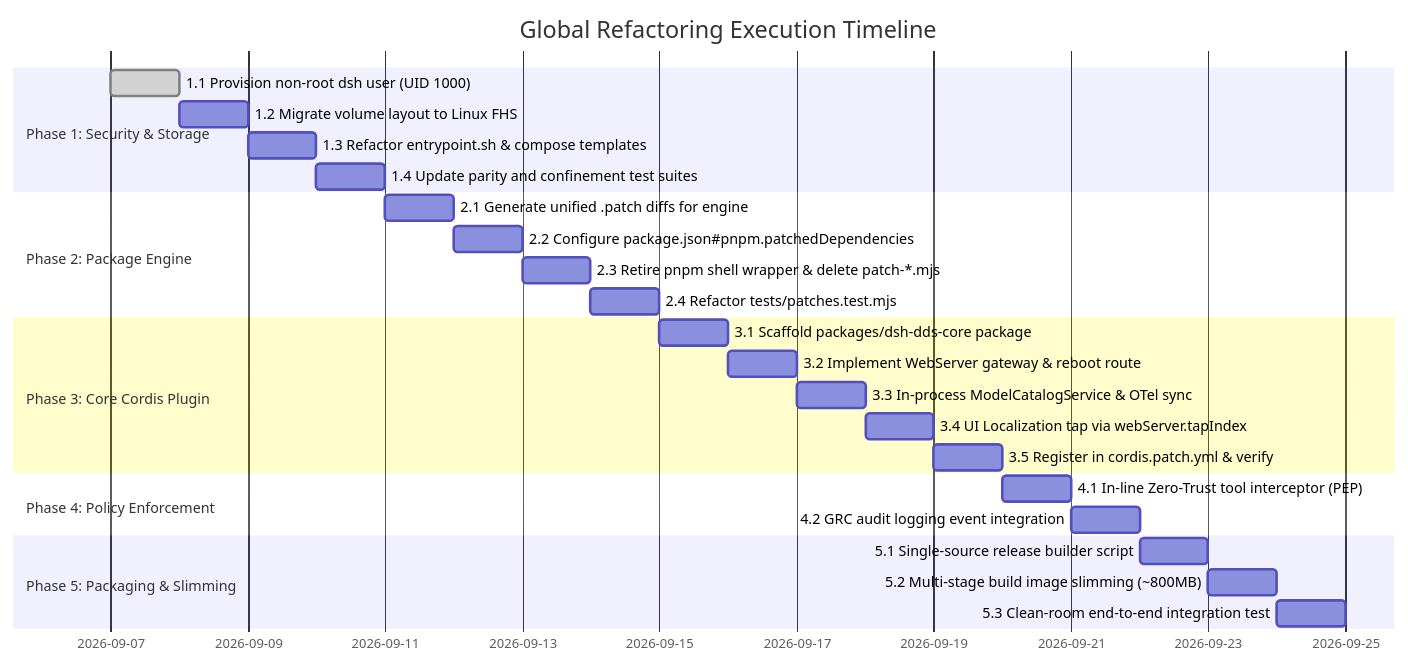
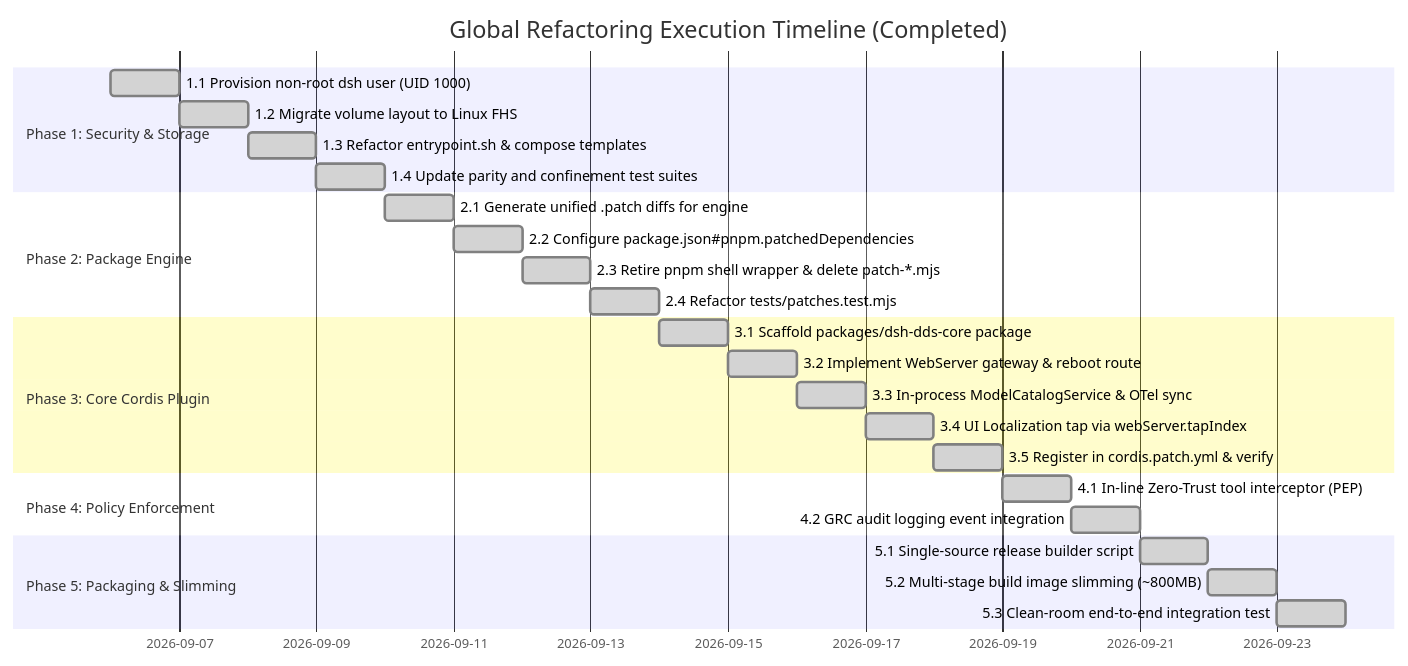
Before and after one commit to hdjebar/DSH-DDS: the diagram in docs/globalrefactoring/06-implementation-plan.md, drawn with Mermaid. The commit also changed other lines of this file and 47 other files, not shown here.

Commit message:
feat: upgrade to upstream dsh-better-sidebar v0.18.0 and zero-patch compatibility engine

````diff
--- a/docs/globalrefactoring/06-implementation-plan.md
+++ b/docs/globalrefactoring/06-implementation-plan.md
@@ -20,32 +20,32 @@
 ```mermaid
 gantt
-    title Global Refactoring Execution Timeline
+    title Global Refactoring Execution Timeline (Completed)
     dateFormat  YYYY-MM-DD
     section Phase 1: Security & Storage
-    1.1 Provision non-root dsh user (UID 1000)      :done, p1_1, 2026-09-07, 1d
-    1.2 Migrate volume layout to Linux FHS           :p1_2, after p1_1, 1d
-    1.3 Refactor entrypoint.sh & compose templates  :p1_3, after p1_2, 1d
-    1.4 Update parity and confinement test suites   :p1_4, after p1_3, 1d
+    1.1 Provision non-root dsh user (UID 1000)      :done, p1_1, 2026-09-06, 1d
+    1.2 Migrate volume layout to Linux FHS           :done, p1_2, after p1_1, 1d
+    1.3 Refactor entrypoint.sh & compose templates  :done, p1_3, after p1_2, 1d
+    1.4 Update parity and confinement test suites   :done, p1_4, after p1_3, 1d
 
     section Phase 2: Package Engine
-    2.1 Generate unified .patch diffs for engine    :p2_1, after p1_4, 1d
-    2.2 Configure package.json#pnpm.patchedDependencies :p2_2, after p2_1, 1d
-    2.3 Retire pnpm shell wrapper & delete patch-*.mjs  :p2_3, after p2_2, 1d
-    2.4 Refactor tests/patches.test.mjs             :p2_4, after p2_3, 1d
+    2.1 Generate unified .patch diffs for engine    :done, p2_1, after p1_4, 1d
+    2.2 Configure package.json#pnpm.patchedDependencies :done, p2_2, after p2_1, 1d
+    2.3 Retire pnpm shell wrapper & delete patch-*.mjs  :done, p2_3, after p2_2, 1d
+    2.4 Refactor tests/patches.test.mjs             :done, p2_4, after p2_3, 1d
 
     section Phase 3: Core Cordis Plugin
-    3.1 Scaffold packages/dsh-dds-core package      :p3_1, after p2_4, 1d
-    3.2 Implement WebServer gateway & reboot route  :p3_2, after p3_1, 1d
-    3.3 In-process ModelCatalogService & OTel sync  :p3_3, after p3_2, 1d
-    3.4 UI Localization tap via webServer.tapIndex  :p3_4, after p3_3, 1d
-    3.5 Register in cordis.patch.yml & verify       :p3_5, after p3_4, 1d
+    3.1 Scaffold packages/dsh-dds-core package      :done, p3_1, after p2_4, 1d
+    3.2 Implement WebServer gateway & reboot route  :done, p3_2, after p3_1, 1d
+    3.3 In-process ModelCatalogService & OTel sync  :done, p3_3, after p3_2, 1d
+    3.4 UI Localization tap via webServer.tapIndex  :done, p3_4, after p3_3, 1d
+    3.5 Register in cordis.patch.yml & verify       :done, p3_5, after p3_4, 1d
 
     section Phase 4: Policy Enforcement
-    4.1 In-line Zero-Trust tool interceptor (PEP)   :p4_1, after p3_5, 1d
-    4.2 GRC audit logging event integration         :p4_2, after p4_1, 1d
+    4.1 In-line Zero-Trust tool interceptor (PEP)   :done, p4_1, after p3_5, 1d
+    4.2 GRC audit logging event integration         :done, p4_2, after p4_1, 1d
 
     section Phase 5: Packaging & Slimming
-    5.1 Single-source release builder script        :p5_1, after p4_2, 1d
-    5.2 Multi-stage build image slimming (~800MB)   :p5_2, after p5_1, 1d
-    5.3 Clean-room end-to-end integration test      :p5_3, after p5_2, 1d
+    5.1 Single-source release builder script        :done, p5_1, after p4_2, 1d
+    5.2 Multi-stage build image slimming (~800MB)   :done, p5_2, after p5_1, 1d
+    5.3 Clean-room end-to-end integration test      :done, p5_3, after p5_2, 1d
 ```
````
